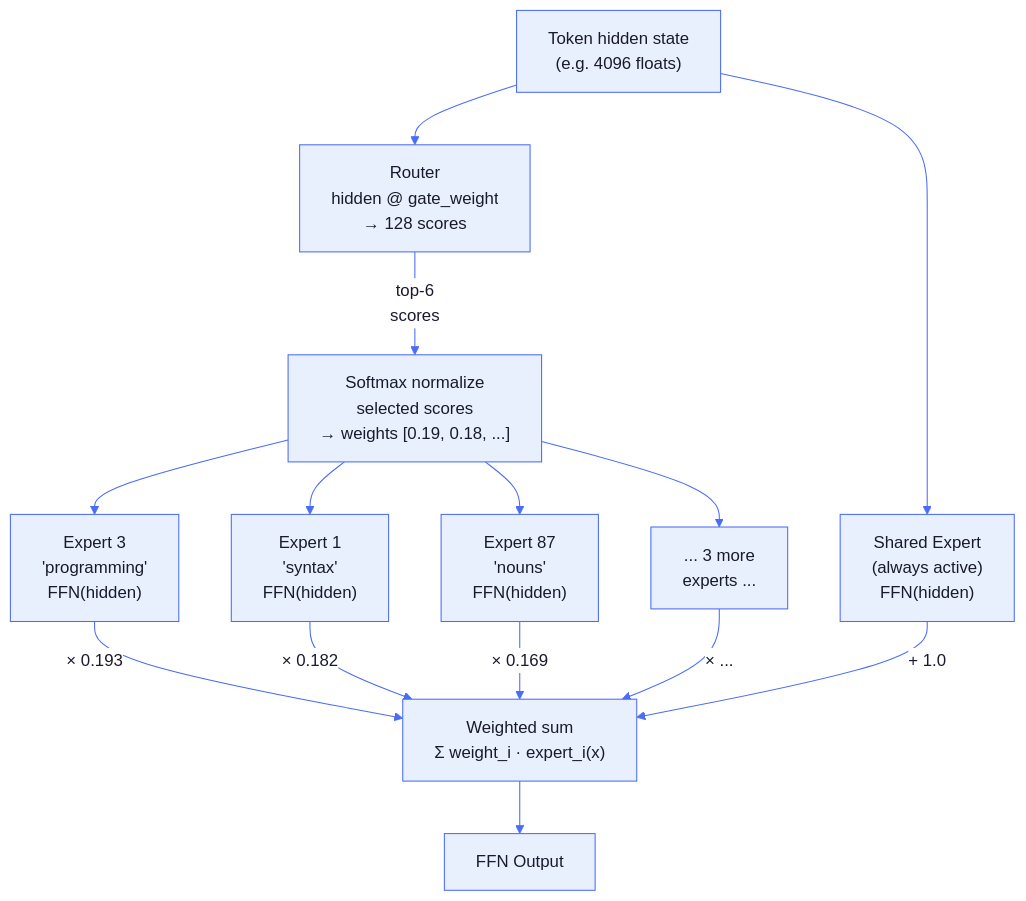
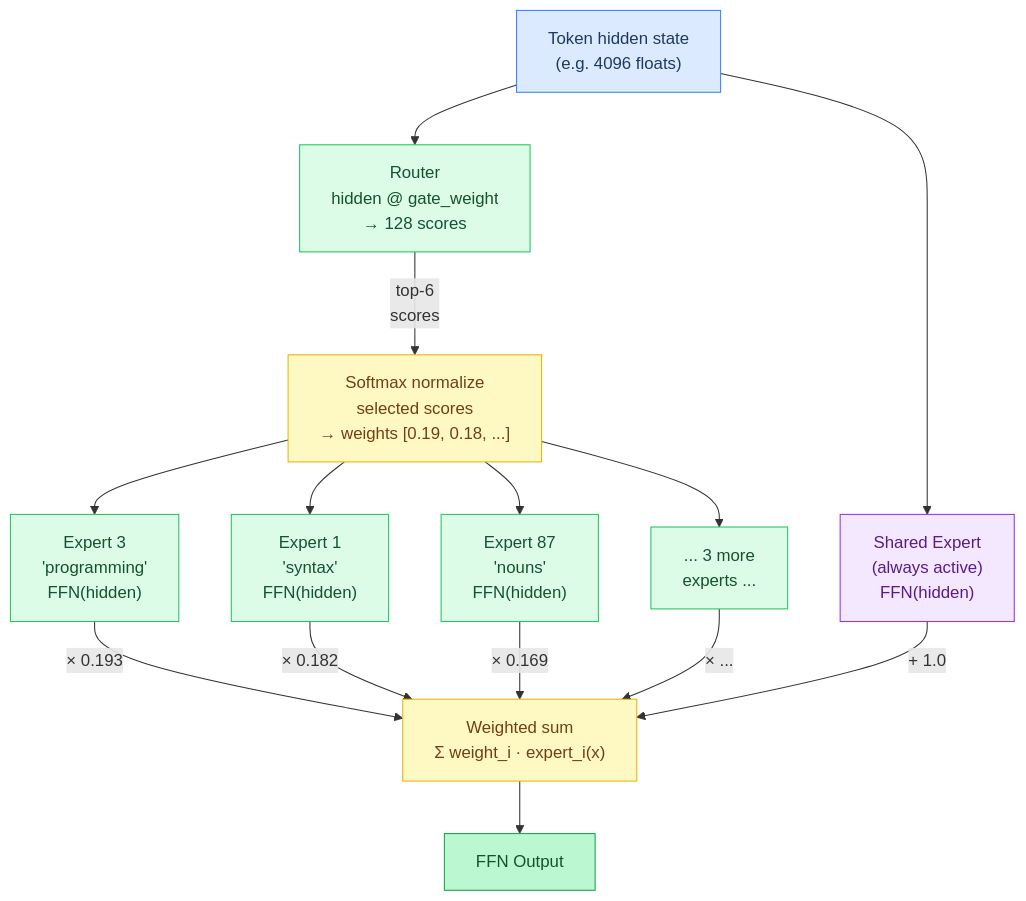
One commit to maci0/agave changed the third of 6 diagrams in docs/tutorial/03-feed-forward-networks.md. Above: the diagram before and after it, drawn with Mermaid. The commit also changed other lines of this file and 24 other files, not shown here.

First line of the commit message:
docs: convert all mermaid diagrams to classDef semantic colors

````diff
--- a/docs/tutorial/03-feed-forward-networks.md
+++ b/docs/tutorial/03-feed-forward-networks.md
@@ -96,35 +97,34 @@
 ```mermaid
-%%{init: {'theme': 'base', 'themeVariables': {
-  'primaryColor': '#e8f0fe',
-  'primaryTextColor': '#1a1a2e',
-  'primaryBorderColor': '#4a6cf7',
-  'lineColor': '#4a6cf7',
-  'secondaryColor': '#f0f4ff',
-  'tertiaryColor': '#f8f9ff',
-  'edgeLabelBackground': '#ffffff',
-  'clusterBkg': '#f0f4ff',
-  'clusterBorder': '#4a6cf7',
-  'titleColor': '#1a1a2e',
-  'nodeTextColor': '#1a1a2e',
-  'fontFamily': 'ui-monospace, SFMono-Regular, monospace'
-}}}%%
 flowchart TD
-    Token["Token hidden state\n(e.g. 4096 floats)"] --> Router["Router\nhidden @ gate_weight\n→ 128 scores"]
+    classDef setup     fill:#dbeafe,stroke:#3b82f6,color:#1e3a5f
+    classDef sync      fill:#dcfce7,stroke:#22c55e,color:#14532d
+    classDef migration fill:#fef9c3,stroke:#eab308,color:#713f12
+    classDef success   fill:#bbf7d0,stroke:#16a34a,color:#14532d
+    classDef danger    fill:#fee2e2,stroke:#ef4444,color:#7f1d1d
+    classDef optional  fill:#f3e8ff,stroke:#9333ea,color:#581c87
 
-    Router -->|"top-6\nscores"| Norm["Softmax normalize\nselected scores\n→ weights [0.19, 0.18, ...]"]
+    Token["Token hidden state\n(e.g. 4096 floats)"]:::setup
+    Router["Router\nhidden @ gate_weight\n→ 128 scores"]:::sync
+    Norm["Softmax normalize\nselected scores\n→ weights [0.19, 0.18, ...]"]:::migration
+    E3["Expert 3\n'programming'\nFFN(hidden)"]:::sync
+    E1["Expert 1\n'syntax'\nFFN(hidden)"]:::sync
+    E87["Expert 87\n'nouns'\nFFN(hidden)"]:::sync
+    Edots["... 3 more\nexperts ..."]:::sync
+    Shared["Shared Expert\n(always active)\nFFN(hidden)"]:::optional
+    Sum["Weighted sum\nΣ weight_i · expert_i(x)"]:::migration
+    Output["FFN Output"]:::success
 
-    Norm --> E3["Expert 3\n'programming'\nFFN(hidden)"]
-    Norm --> E1["Expert 1\n'syntax'\nFFN(hidden)"]
-    Norm --> E87["Expert 87\n'nouns'\nFFN(hidden)"]
-    Norm --> Edots["... 3 more\nexperts ..."]
-
-    Token --> Shared["Shared Expert\n(always active)\nFFN(hidden)"]
-
-    E3 -->|"× 0.193"| Sum["Weighted sum\nΣ weight_i · expert_i(x)"]
+    Token --> Router
+    Router -->|"top-6\nscores"| Norm
+    Norm --> E3
+    Norm --> E1
+    Norm --> E87
+    Norm --> Edots
+    Token --> Shared
+    E3 -->|"× 0.193"| Sum
     E1 -->|"× 0.182"| Sum
     E87 -->|"× 0.169"| Sum
     Edots -->|"× ..."| Sum
     Shared -->|"+ 1.0"| Sum
-
-    Sum --> Output["FFN Output"]
+    Sum --> Output
 ```
````
